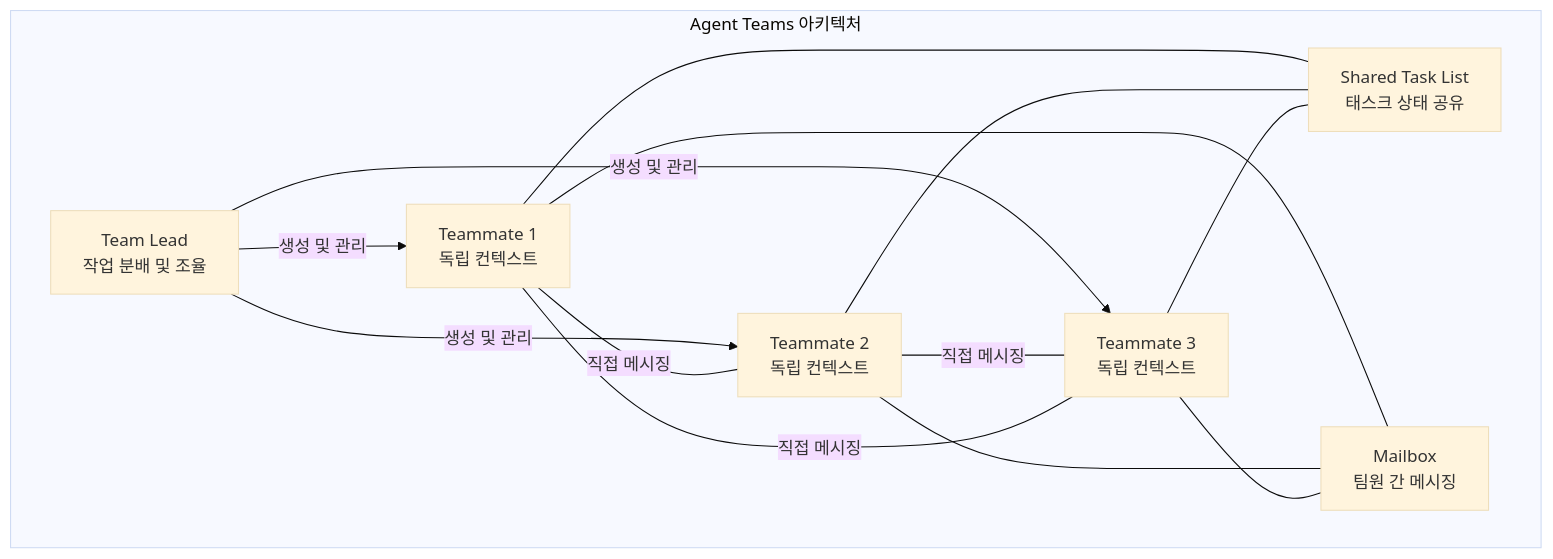
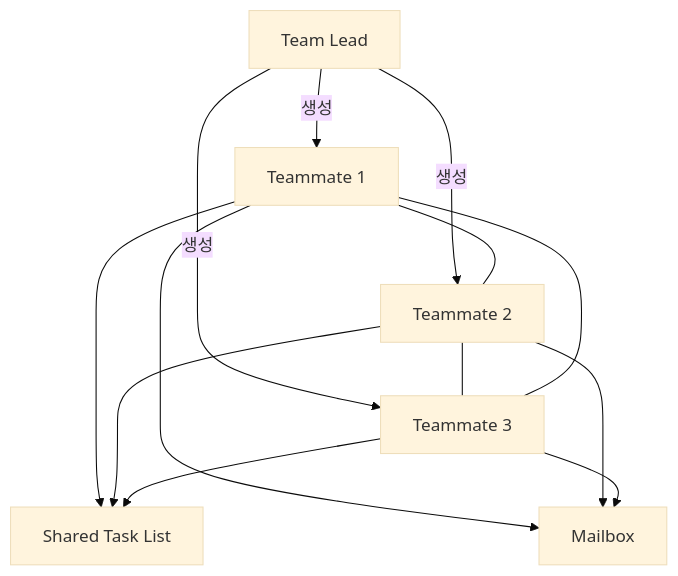
One commit to ice-ice-bear/ice-ice-bear.github.io changed the first of 4 diagrams in content/posts/2026-03-03-claude-code-agent-teams.md. Above: the diagram before and after it, drawn with Mermaid (base theme). The commit also changed other lines of this file and 1 other file, not shown here.

First line of the commit message:
Simplify mermaid diagrams to fix rendering

````diff
--- a/content/posts/2026-03-03-claude-code-agent-teams.md
+++ b/content/posts/2026-03-03-claude-code-agent-teams.md
@@ -15,24 +15,15 @@
 ```mermaid
 graph TD
-    subgraph "Agent Teams 아키텍처"
-        Lead["Team Lead<br/>작업 분배 및 조율"]
-        TL["Shared Task List<br/>태스크 상태 공유"]
-        MB["Mailbox<br/>팀원 간 메시징"]
-        T1["Teammate 1<br/>독립 컨텍스트"]
-        T2["Teammate 2<br/>독립 컨텍스트"]
-        T3["Teammate 3<br/>독립 컨텍스트"]
-    end
-
-    Lead -->|생성 및 관리| T1
-    Lead -->|생성 및 관리| T2
-    Lead -->|생성 및 관리| T3
-    T1 ---|직접 메시징| T2
-    T2 ---|직접 메시징| T3
-    T1 ---|직접 메시징| T3
-    T1 --- TL
-    T2 --- TL
-    T3 --- TL
-    T1 --- MB
-    T2 --- MB
-    T3 --- MB
+    Lead[Team Lead] -->|생성| T1[Teammate 1]
+    Lead -->|생성| T2[Teammate 2]
+    Lead -->|생성| T3[Teammate 3]
+    T1 --- T2
+    T2 --- T3
+    T1 --- T3
+    T1 --> TL[Shared Task List]
+    T2 --> TL
+    T3 --> TL
+    T1 --> MB[Mailbox]
+    T2 --> MB
+    T3 --> MB
 ```
````
